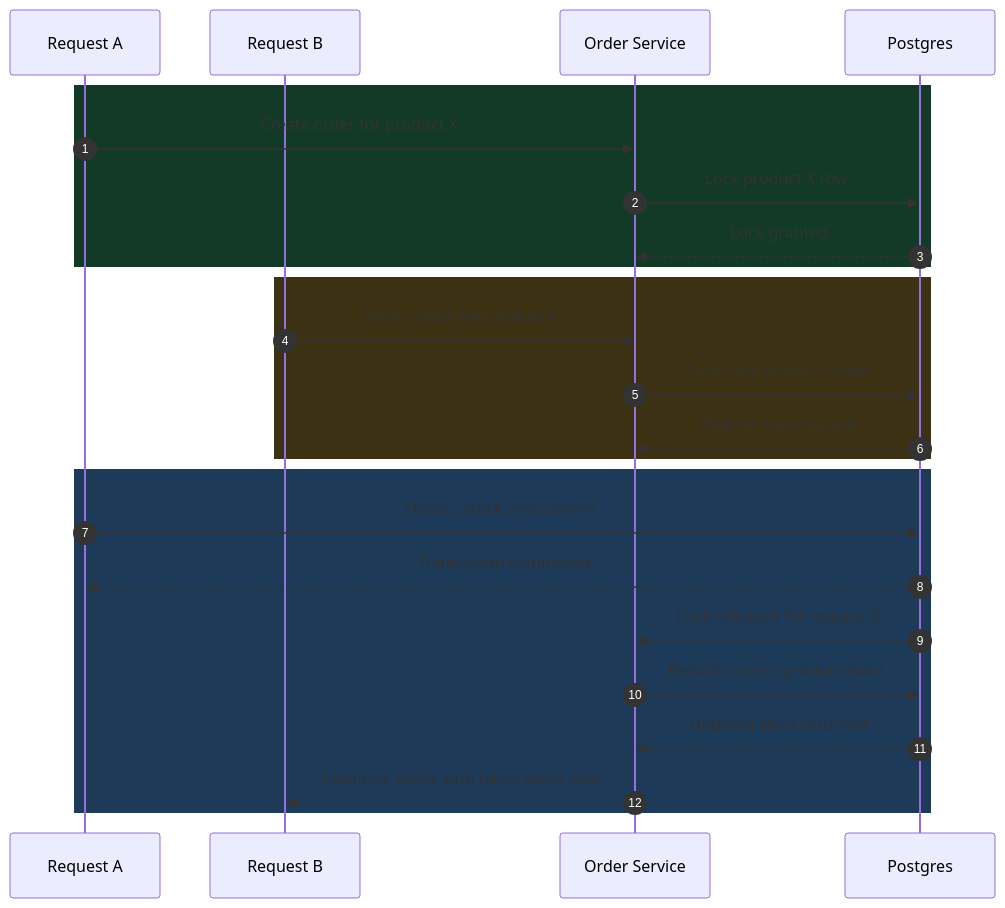
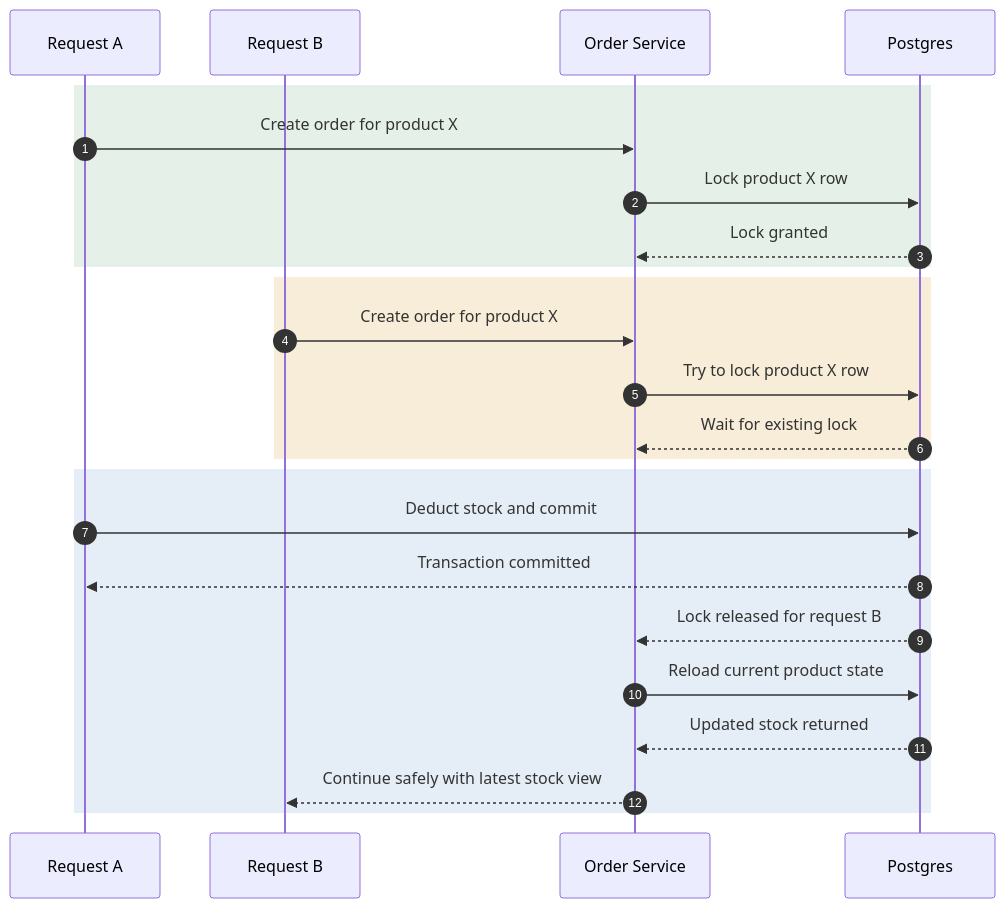
One commit to Thirana/portfolio-thirana changed the second of 3 diagrams in content/blog/safe-order-creation-idempotency-transactions.mdx. Above: the diagram before and after it, drawn with Mermaid. The commit also changed other lines of this file and 193 other files, not shown here.

````diff
--- a/content/blog/safe-order-creation-idempotency-transactions.mdx
+++ b/content/blog/safe-order-creation-idempotency-transactions.mdx
@@ -279,29 +279,29 @@
 ```mermaid
 sequenceDiagram
   autonumber
   participant A as Request A
   participant B as Request B
   participant API as Order Service
   participant DB as Postgres
 
-  rect rgb(18, 58, 39)
+  rect rgb(229, 241, 232)
     A->>API: Create order for product X
     API->>DB: Lock product X row
     DB-->>API: Lock granted
   end
 
-  rect rgb(61, 49, 20)
+  rect rgb(247, 237, 216)
     B->>API: Create order for product X
     API->>DB: Try to lock product X row
     DB-->>API: Wait for existing lock
   end
 
-  rect rgb(30, 58, 89)
+  rect rgb(229, 238, 246)
     A->>DB: Deduct stock and commit
     DB-->>A: Transaction committed
     DB-->>API: Lock released for request B
     API->>DB: Reload current product state
     DB-->>API: Updated stock returned
     API-->>B: Continue safely with latest stock view
   end
 ```
````
